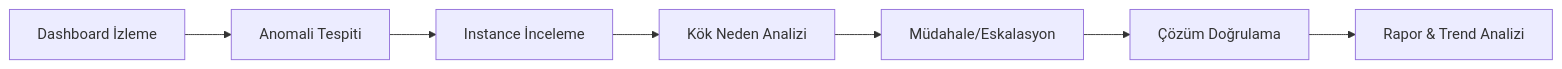
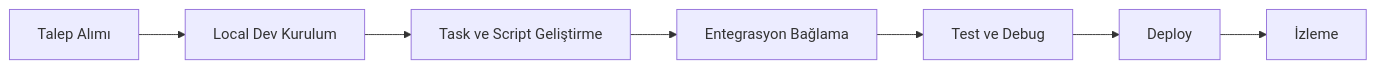
One commit to burgan-tech/vnext-docs changed the fourth of 5 diagrams in product/personas/index.md. Above: the diagram before and after it, drawn with Mermaid. The commit also changed other lines of this file and 14 other files, not shown here.

````diff
--- a/product/personas/index.md
+++ b/product/personas/index.md
@@ -121,9 +113,9 @@
 ```mermaid
 graph LR
-    A[Dashboard İzleme] --> B[Anomali Tespiti]
-    B --> C[Instance İnceleme]
-    C --> D[Kök Neden Analizi]
-    D --> E[Müdahale/Eskalasyon]
-    E --> F[Çözüm Doğrulama]
-    F --> G[Rapor & Trend Analizi]
+    A[Talep Alımı] --> B[Local Dev Kurulum]
+    B --> C[Task ve Script Geliştirme]
+    C --> D[Entegrasyon Bağlama]
+    D --> E[Test ve Debug]
+    E --> F[Deploy]
+    F --> G[İzleme]
 ```
````
